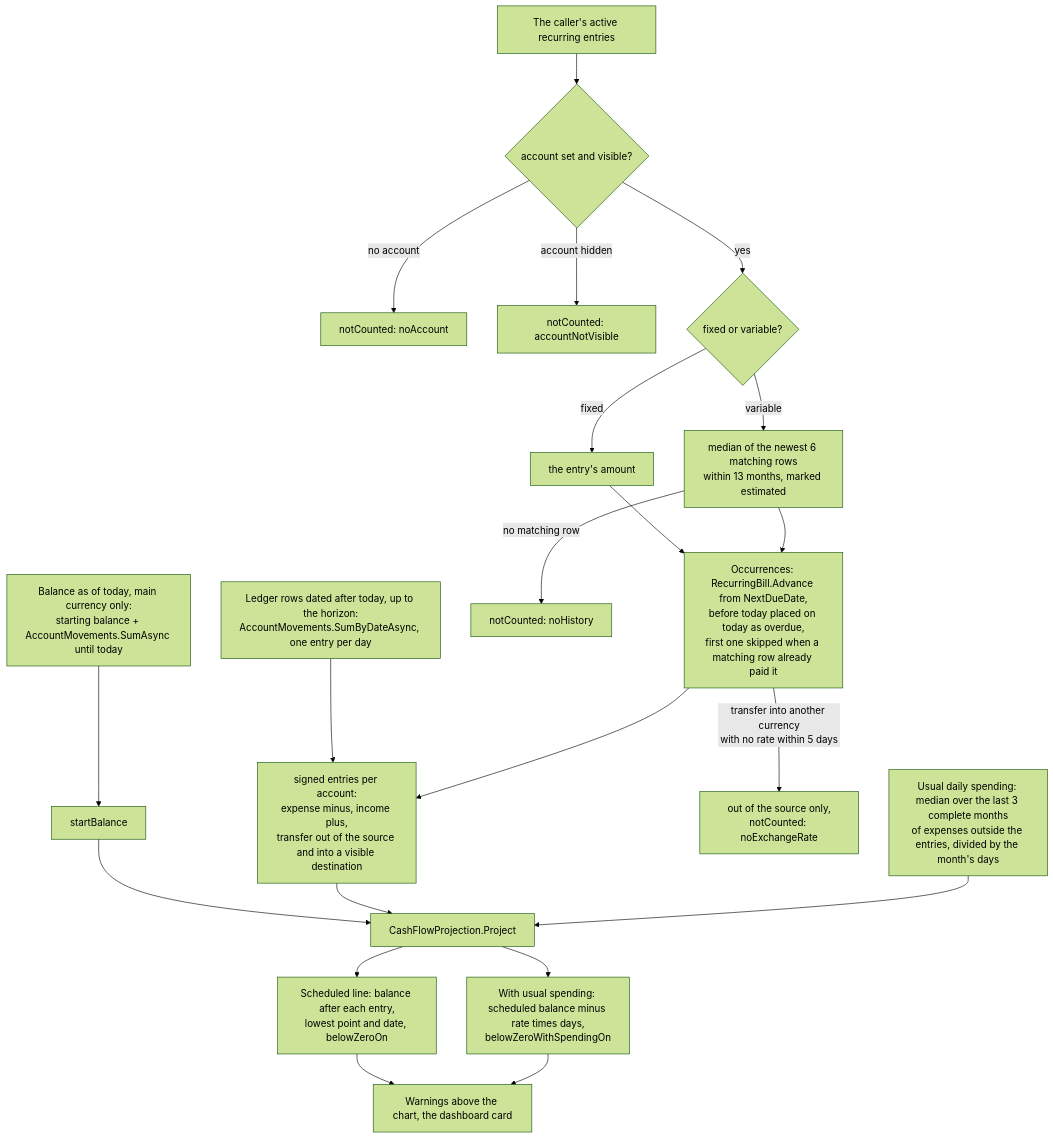
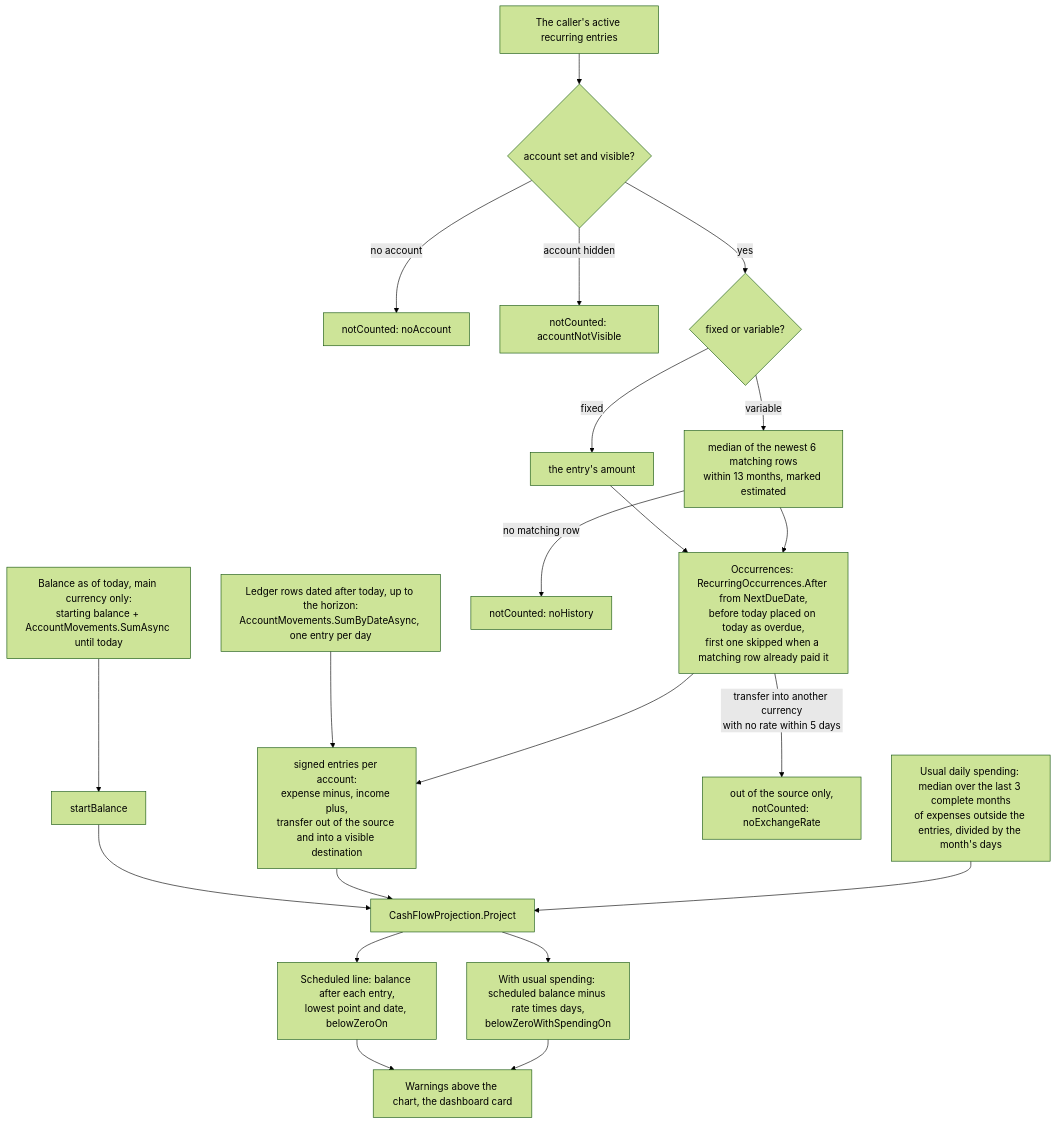
Before and after one commit to Justxs/Jx-Finance: the diagram in docs/features/cash-flow-forecast.md, drawn with Mermaid (forest theme). The commit also changed other lines of this file and 62 other files, not shown here.

````diff
--- a/docs/features/cash-flow-forecast.md
+++ b/docs/features/cash-flow-forecast.md
@@ -9,23 +9,23 @@
 ```mermaid
 flowchart TD
     Bal["Balance as of today, main currency only:<br/>starting balance + AccountMovements.SumAsync until today"] --> Start["startBalance"]
     Future["Ledger rows dated after today, up to the horizon:<br/>AccountMovements.SumByDateAsync, one entry per day"] --> Changes
     Bills["The caller's active recurring entries"] --> Place{"account set and visible?"}
     Place -->|"no account"| NC["notCounted: noAccount"]
     Place -->|"account hidden"| NC2["notCounted: accountNotVisible"]
     Place -->|"yes"| Amount{"fixed or variable?"}
     Amount -->|"fixed"| Fixed["the entry's amount"]
     Amount -->|"variable"| Est["median of the newest 6 matching rows<br/>within 13 months, marked estimated"]
     Est -->|"no matching row"| NC3["notCounted: noHistory"]
-    Fixed --> Occ["Occurrences: RecurringBill.Advance from NextDueDate,<br/>before today placed on today as overdue,<br/>first one skipped when a matching row already paid it"]
+    Fixed --> Occ["Occurrences: RecurringOccurrences.After from NextDueDate,<br/>before today placed on today as overdue,<br/>first one skipped when a matching row already paid it"]
     Est --> Occ
     Occ --> Changes["signed entries per account:<br/>expense minus, income plus,<br/>transfer out of the source and into a visible destination"]
     Occ -->|"transfer into another currency<br/>with no rate within 5 days"| NC4["out of the source only,<br/>notCounted: noExchangeRate"]
     Start --> Proj["CashFlowProjection.Project"]
     Changes --> Proj
     Usual["Usual daily spending: median over the last 3 complete months<br/>of expenses outside the entries, divided by the month's days"] --> Proj
     Proj --> Line1["Scheduled line: balance after each entry,<br/>lowest point and date, belowZeroOn"]
     Proj --> Line2["With usual spending: scheduled balance minus rate times days,<br/>belowZeroWithSpendingOn"]
     Line1 --> Warn["Warnings above the chart, the dashboard card"]
     Line2 --> Warn
 ```
````
